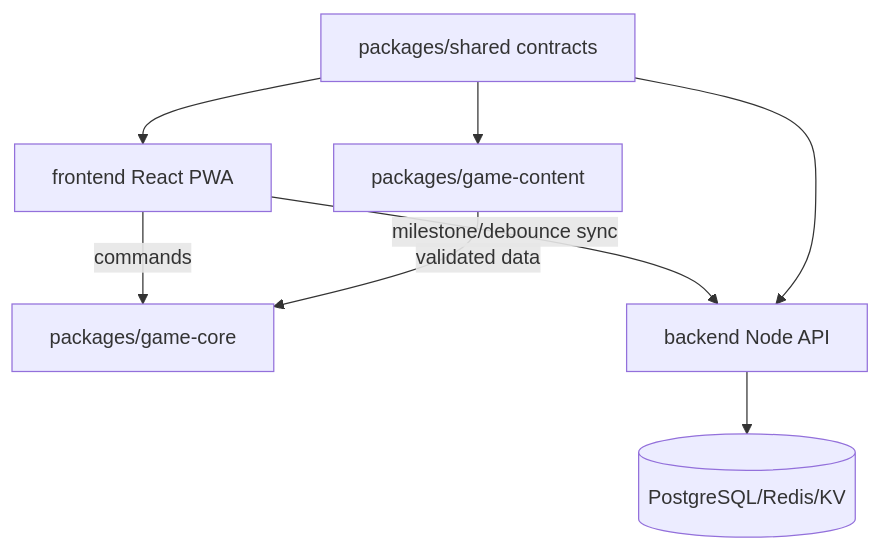
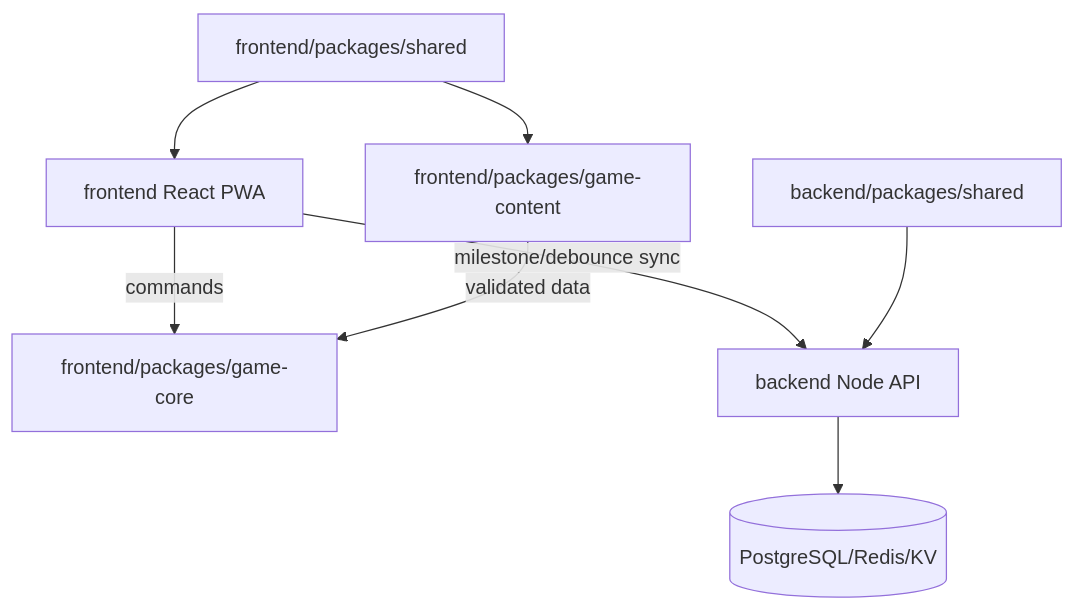
Before and after one commit to quangg-anh/mindbalance: the diagram in docs/target-architecture.md, drawn with Mermaid. The commit also changed other lines of this file and 60 other files, not shown here.

Commit message:
Refactor project structure to separate frontend and backend into independent projects, update CI configuration, and remove workspace files. Adjust documentation to reflect new architecture and ensure consistent build and test processes for both projects.

````diff
--- a/docs/target-architecture.md
+++ b/docs/target-architecture.md
@@ -5,10 +5,10 @@
 ```mermaid
 graph TD
-  Web[frontend React PWA] -->|commands| Core[packages/game-core]
-  Content[packages/game-content] -->|validated data| Core
+  Web[frontend React PWA] -->|commands| Core[frontend/packages/game-core]
+  Content[frontend/packages/game-content] -->|validated data| Core
   Web -->|milestone/debounce sync| API[backend Node API]
   API --> Storage[(PostgreSQL/Redis/KV)]
-  Shared[packages/shared contracts] --> Web
-  Shared --> API
-  Shared --> Content
+  SharedFE[frontend/packages/shared] --> Web
+  SharedFE --> Content
+  SharedBE[backend/packages/shared] --> API
 ```
````
